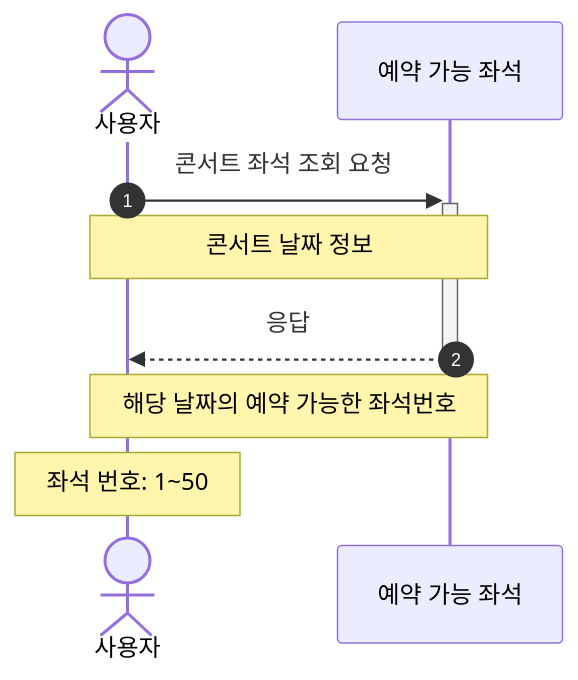
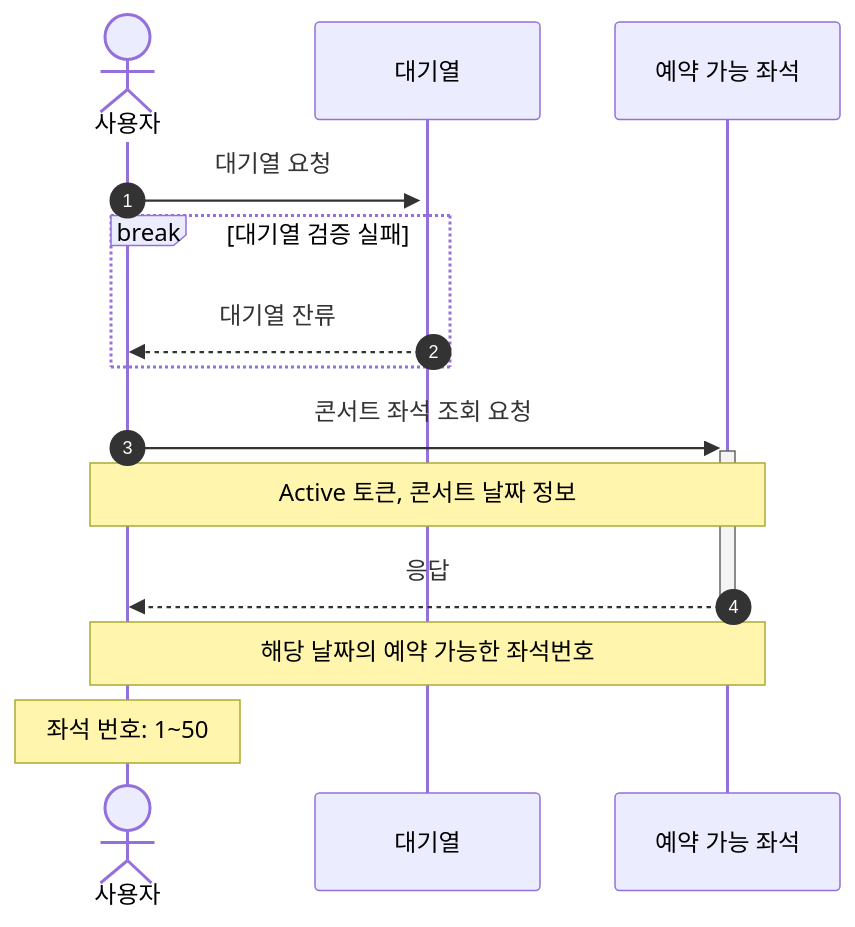
The third of 7 diagrams in README.md (kdelay/Concert-Booking), drawn with Mermaid before and after one commit. The commit also changed other lines of this file, not shown here.

Commit message:
docs: [#1] 대기열 검증 Active 토큰 요청 데이터 추가, 좌석 예약에 대한 상태 lock 걸기

````diff
--- a/README.md
+++ b/README.md
@@ -107,10 +98,16 @@
 ```mermaid
 sequenceDiagram
     autonumber
     actor 사용자
+
+    사용자 ->>+ 대기열: 대기열 요청
+    break 대기열 검증 실패
+        대기열 -->> 사용자: 대기열 잔류
+    end
+  
     사용자 ->>+ 예약 가능 좌석: 콘서트 좌석 조회 요청
-    Note over 사용자, 예약 가능 좌석: 콘서트 날짜 정보
+    Note over 사용자, 예약 가능 좌석: Active 토큰, 콘서트 날짜 정보
     예약 가능 좌석 -->>- 사용자: 응답
     Note over 사용자, 예약 가능 좌석: 해당 날짜의 예약 가능한 좌석번호
     Note over 사용자: 좌석 번호: 1~50
 ```
````
